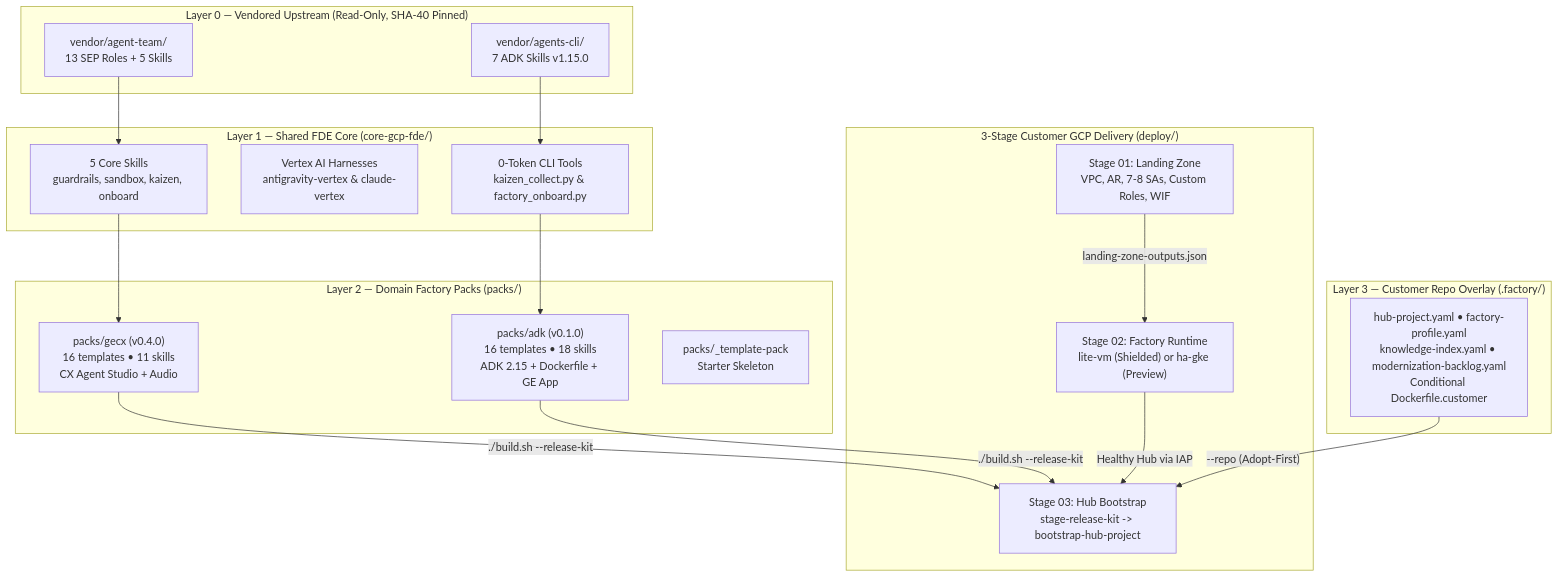
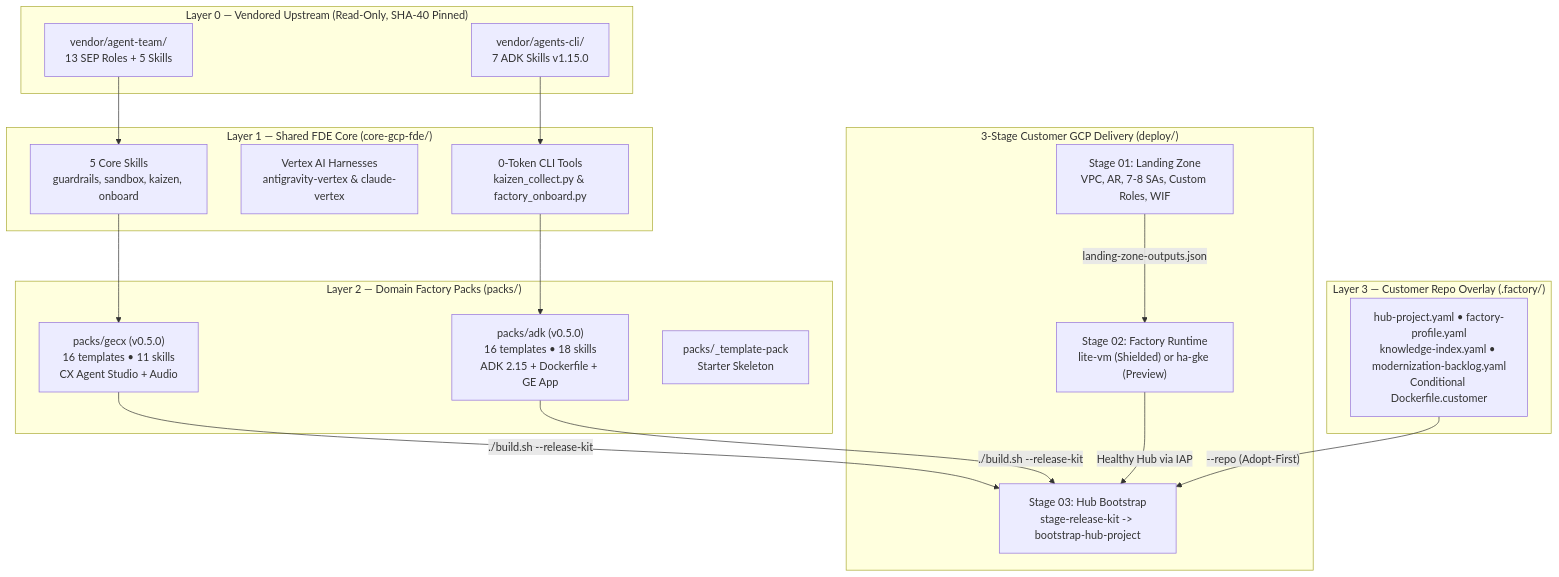
One commit to carlosmscabral/gcp-fde-factories changed the first of 2 diagrams in README.md. Above: the diagram before and after it, drawn with Mermaid. The commit also changed other lines of this file and 16 other files, not shown here.

````diff
--- a/README.md
+++ b/README.md
@@ -13,39 +13,39 @@
 ```mermaid
 flowchart TB
     subgraph L0["Layer 0 — Vendored Upstream (Read-Only, SHA-40 Pinned)"]
         SEP["vendor/agent-team/<br/>13 SEP Roles + 5 Skills"]
         AGCLI["vendor/agents-cli/<br/>7 ADK Skills v1.15.0"]
     end
 
     subgraph L1["Layer 1 — Shared FDE Core (core-gcp-fde/)"]
         CORE_SK["5 Core Skills<br/>guardrails, sandbox, kaizen, onboard"]
         CORE_HC["Vertex AI Harnesses<br/>antigravity-vertex & claude-vertex"]
         CORE_TOOLS["0-Token CLI Tools<br/>kaizen_collect.py & factory_onboard.py"]
     end
 
     subgraph L2["Layer 2 — Domain Factory Packs (packs/)"]
-        GECX["packs/gecx (v0.4.0)<br/>16 templates • 11 skills<br/>CX Agent Studio + Audio"]
-        ADK["packs/adk (v0.1.0)<br/>16 templates • 18 skills<br/>ADK 2.15 + Dockerfile + GE App"]
+        GECX["packs/gecx (v0.5.0)<br/>16 templates • 11 skills<br/>CX Agent Studio + Audio"]
+        ADK["packs/adk (v0.5.0)<br/>16 templates • 18 skills<br/>ADK 2.15 + Dockerfile + GE App"]
         TPL["packs/_template-pack<br/>Starter Skeleton"]
     end
 
     subgraph L3["Layer 3 — Customer Repo Overlay (.factory/)"]
         OV["hub-project.yaml • factory-profile.yaml<br/>knowledge-index.yaml • modernization-backlog.yaml<br/>Conditional Dockerfile.customer"]
     end
 
     subgraph DELIV["3-Stage Customer GCP Delivery (deploy/)"]
         S1["Stage 01: Landing Zone<br/>VPC, AR, 7-8 SAs, Custom Roles, WIF"]
         S2["Stage 02: Factory Runtime<br/>lite-vm (Shielded) or ha-gke (Preview)"]
         S3["Stage 03: Hub Bootstrap<br/>stage-release-kit -> bootstrap-hub-project"]
     end
 
     SEP --> CORE_SK
     AGCLI --> CORE_TOOLS
     CORE_SK --> GECX
     CORE_TOOLS --> ADK
     GECX -->|"./build.sh --release-kit"| S3
     ADK -->|"./build.sh --release-kit"| S3
     S1 -->|"landing-zone-outputs.json"| S2
     S2 -->|"Healthy Hub via IAP"| S3
     OV -->|"--repo (Adopt-First)"| S3
 ```
````
